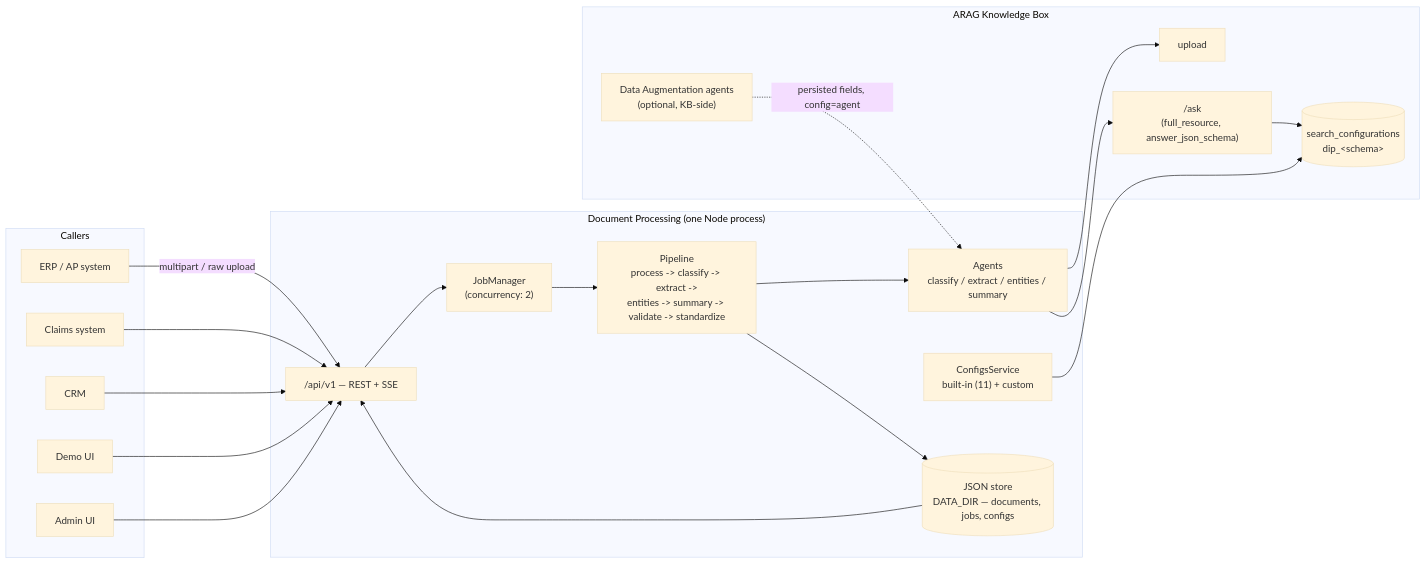
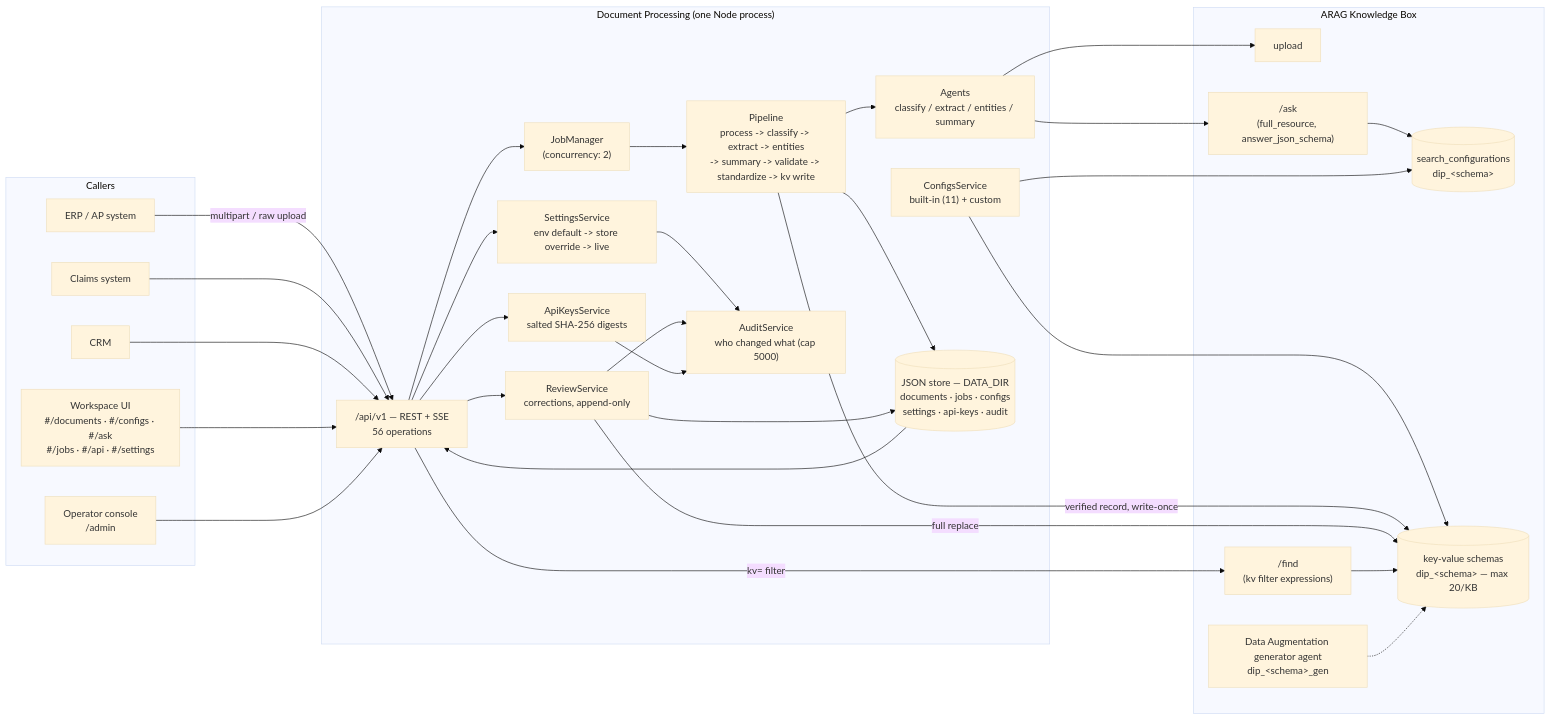
One commit to jaysanderson/arag-document-processing changed the diagram in enablement/architect-track/WORKSHOP.md. Above: the diagram before and after it, drawn with Mermaid (base theme). The commit also changed other lines of this file and 23 other files, not shown here.

````diff
--- a/enablement/architect-track/WORKSHOP.md
+++ b/enablement/architect-track/WORKSHOP.md
@@ -27,43 +34,61 @@
 ```mermaid
 flowchart LR
     subgraph Callers
         ERP["ERP / AP system"]
         Claims["Claims system"]
         CRM["CRM"]
-        Demo["Demo UI"]
-        Admin["Admin UI"]
+        App["Workspace UI\n#/documents · #/configs · #/ask\n#/jobs · #/api · #/settings"]
+        Admin["Operator console\n/admin"]
     end
 
     subgraph Svc["Document Processing (one Node process)"]
-        API["/api/v1 — REST + SSE"]
+        API["/api/v1 — REST + SSE\n56 operations"]
         JM["JobManager\n(concurrency: 2)"]
-        Pipe["Pipeline\nprocess -> classify -> extract ->\nentities -> summary -> validate -> standardize"]
+        Pipe["Pipeline\nprocess -> classify -> extract -> entities\n-> summary -> validate -> standardize -> kv write"]
         Agents["Agents\nclassify / extract / entities / summary"]
         Cfg["ConfigsService\nbuilt-in (11) + custom"]
-        Store[("JSON store\nDATA_DIR — documents, jobs, configs")]
+        Rev["ReviewService\ncorrections, append-only"]
+        Set["SettingsService\nenv default -> store override -> live"]
+        Keys["ApiKeysService\nsalted SHA-256 digests"]
+        Aud["AuditService\nwho changed what (cap 5000)"]
+        Store[("JSON store — DATA_DIR\ndocuments · jobs · configs\nsettings · api-keys · audit")]
     end
 
     subgraph KB["ARAG Knowledge Box"]
         Upload["upload"]
         Ask["/ask\n(full_resource, answer_json_schema)"]
+        Find["/find\n(kv filter expressions)"]
         SC[("search_configurations\ndip_&lt;schema&gt;")]
-        DA["Data Augmentation agents\n(optional, KB-side)"]
+        KVS[("key-value schemas\ndip_&lt;schema&gt; — max 20/KB")]
+        DA["Data Augmentation generator agent\ndip_&lt;schema&gt;_gen"]
     end
 
     ERP -->|"multipart / raw upload"| API
     Claims --> API
     CRM --> API
-    Demo --> API
+    App --> API
     Admin --> API
 
     API --> JM --> Pipe
+    API --> Rev
+    API --> Set
+    API --> Keys
+    Set --> Aud
+    Rev --> Aud
+    Keys --> Aud
     Pipe --> Agents
     Pipe --> Store
+    Rev --> Store
     Store --> API
 
     Agents --> Upload
     Agents --> Ask
     Ask --> SC
     Cfg --> SC
-    DA -. "persisted fields, config=agent" .-> Agents
+    Cfg --> KVS
+    Pipe -->|"verified record, write-once"| KVS
+    Rev -->|"full replace"| KVS
+    API -->|"kv= filter"| Find
+    Find --> KVS
+    DA -.-> KVS
 ```
````
